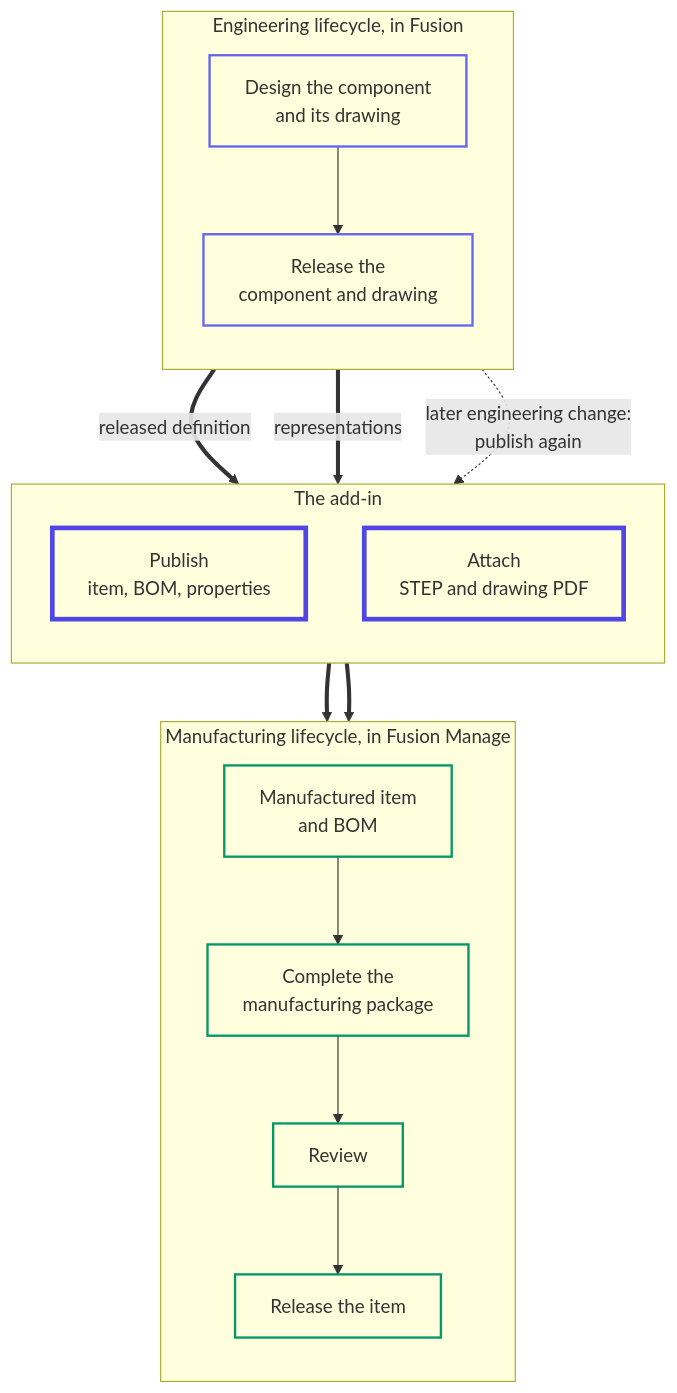
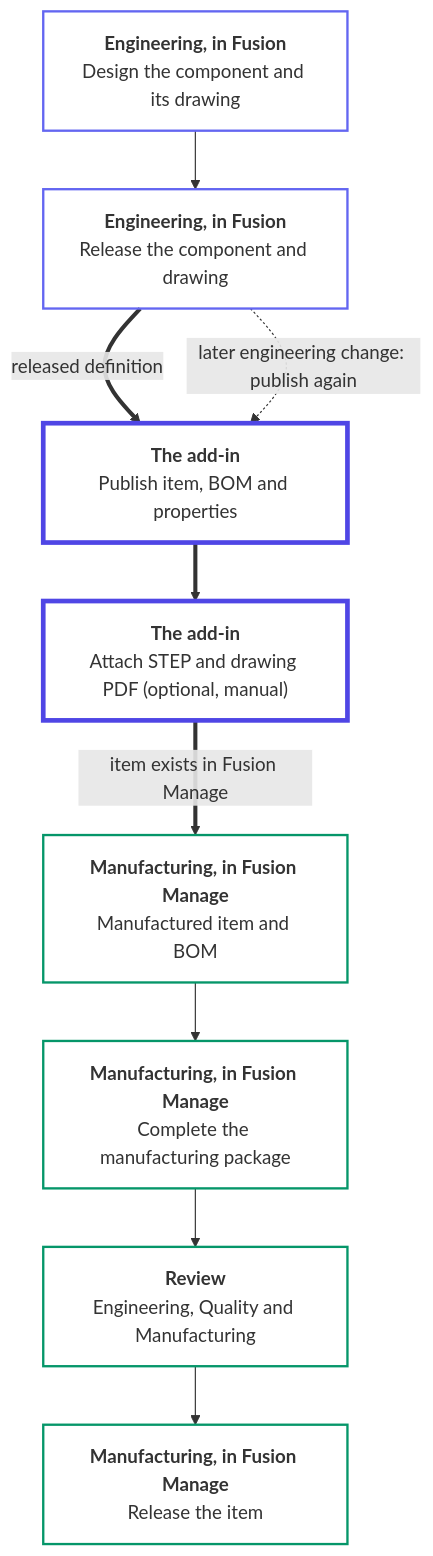
Before and after one commit to AHoop91/FusionToFusionManageAddon: the diagram in docs/getting-started/workflow.md, drawn with Mermaid.

Commit message:
Draw the two-lifecycles diagram as one top-to-bottom column

````diff
--- a/docs/getting-started/workflow.md
+++ b/docs/getting-started/workflow.md
@@ -29,33 +29,27 @@
 ```mermaid
 flowchart TB
-    subgraph ENG["Engineering lifecycle, in Fusion"]
-        direction TB
-        E1["Design the component<br/>and its drawing"] --> E2["Release the<br/>component and drawing"]
-    end
+    E1["<b>Engineering, in Fusion</b><br/>Design the component and its drawing"]
+    E2["<b>Engineering, in Fusion</b><br/>Release the component and drawing"]
+    B1["<b>The add-in</b><br/>Publish item, BOM and properties"]
+    B2["<b>The add-in</b><br/>Attach STEP and drawing PDF (optional, manual)"]
+    M1["<b>Manufacturing, in Fusion Manage</b><br/>Manufactured item and BOM"]
+    M2["<b>Manufacturing, in Fusion Manage</b><br/>Complete the manufacturing package"]
+    M3["<b>Review</b><br/>Engineering, Quality and Manufacturing"]
+    M4["<b>Manufacturing, in Fusion Manage</b><br/>Release the item"]
 
-    subgraph BRIDGE["The add-in"]
-        direction TB
-        B1["Publish<br/>item, BOM, properties"]
-        B2["Attach<br/>STEP and drawing PDF"]
-    end
-
-    subgraph MFG["Manufacturing lifecycle, in Fusion Manage"]
-        direction TB
-        M1["Manufactured item<br/>and BOM"] --> M2["Complete the<br/>manufacturing package"]
-        M2 --> M3["Review"]
-        M3 --> M4["Release the item"]
-    end
-
+    E1 --> E2
     E2 ==>|"released definition"| B1
-    E2 ==>|"representations"| B2
-    B1 ==> M1
-    B2 ==> M2
-    E2 -. "later engineering change:<br/>publish again" .-> B1
+    B1 ==> B2
+    B2 ==>|"item exists in Fusion Manage"| M1
+    M1 --> M2
+    M2 --> M3
+    M3 --> M4
+    E2 -. "later engineering change: publish again" .-> B1
 
     classDef eng fill:transparent,stroke:#6366f1,stroke-width:2px
     classDef bridge fill:transparent,stroke:#4f46e5,stroke-width:4px
     classDef mfg fill:transparent,stroke:#059669,stroke-width:2px
     class E1,E2 eng
     class B1,B2 bridge
     class M1,M2,M3,M4 mfg
 ```
````
